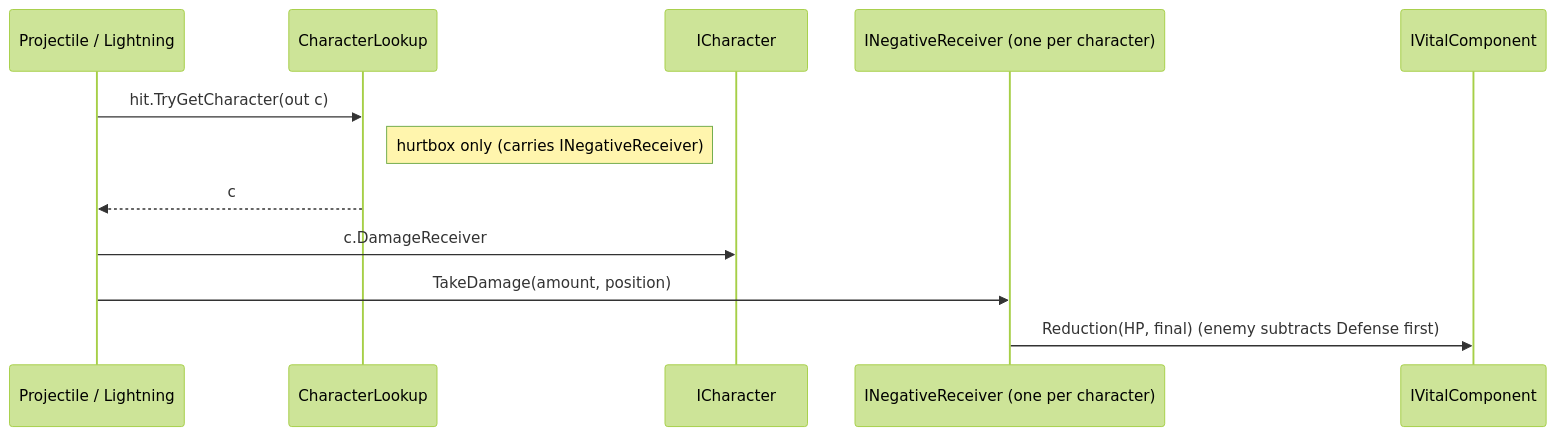
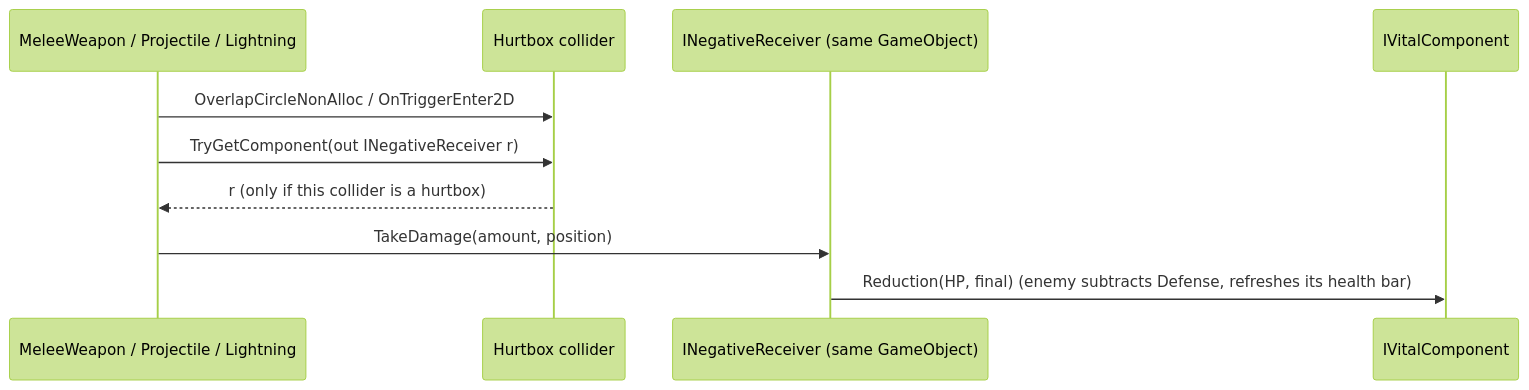
The fifth of 8 diagrams in docs/diagrams/character-architecture-diagrams.md (kay6198835/Game-RPG), drawn with Mermaid (forest theme) before and after one commit. The commit also changed other lines of this file and 28 other files, not shown here.

First line of the commit message:
refactor(character): ICharacter is identity only (ADR-0005 Amendment 1)

````diff
--- a/docs/diagrams/character-architecture-diagrams.md
+++ b/docs/diagrams/character-architecture-diagrams.md
@@ -144,14 +155,12 @@
 ```mermaid
 sequenceDiagram
-    participant W as Projectile / Lightning
-    participant LK as CharacterLookup
-    participant C as ICharacter
-    participant R as INegativeReceiver (one per character)
+    participant W as MeleeWeapon / Projectile / Lightning
+    participant H as Hurtbox collider
+    participant R as INegativeReceiver (same GameObject)
     participant V as IVitalComponent
-    W->>LK: hit.TryGetCharacter(out c)
-    Note right of LK: hurtbox only (carries INegativeReceiver)
-    LK-->>W: c
-    W->>C: c.DamageReceiver
+    W->>H: OverlapCircleNonAlloc / OnTriggerEnter2D
+    W->>H: TryGetComponent(out INegativeReceiver r)
+    H-->>W: r (only if this collider is a hurtbox)
     W->>R: TakeDamage(amount, position)
-    R->>V: Reduction(HP, final)  (enemy subtracts Defense first)
+    R->>V: Reduction(HP, final)  (enemy subtracts Defense, refreshes its health bar)
 ```
````
